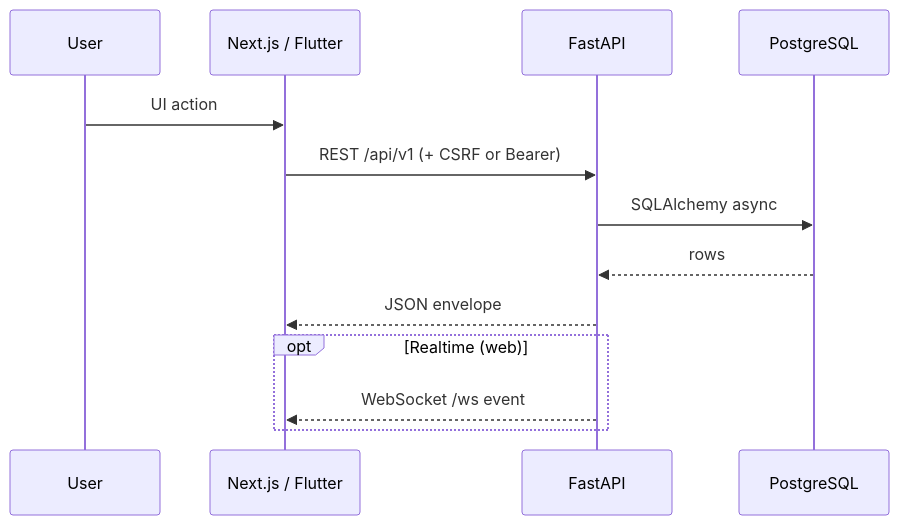
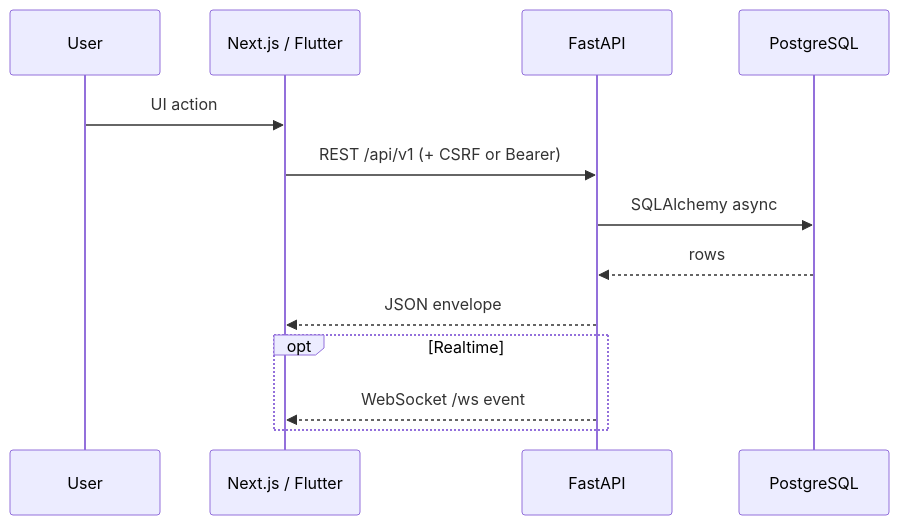
One commit to gadzhilaev/takt changed the second of 3 diagrams in docs/architecture.md. Above: the diagram before and after it, drawn with Mermaid. The commit also changed other lines of this file and 18 other files, not shown here.

````diff
--- a/docs/architecture.md
+++ b/docs/architecture.md
@@ -42,15 +42,15 @@
 ```mermaid
 sequenceDiagram
   participant U as User
   participant W as Next.js / Flutter
   participant A as FastAPI
   participant D as PostgreSQL
   U->>W: UI action
   W->>A: REST /api/v1 (+ CSRF or Bearer)
   A->>D: SQLAlchemy async
   D-->>A: rows
   A-->>W: JSON envelope
-  opt Realtime (web)
+  opt Realtime
     A-->>W: WebSocket /ws event
   end
 ```
````
